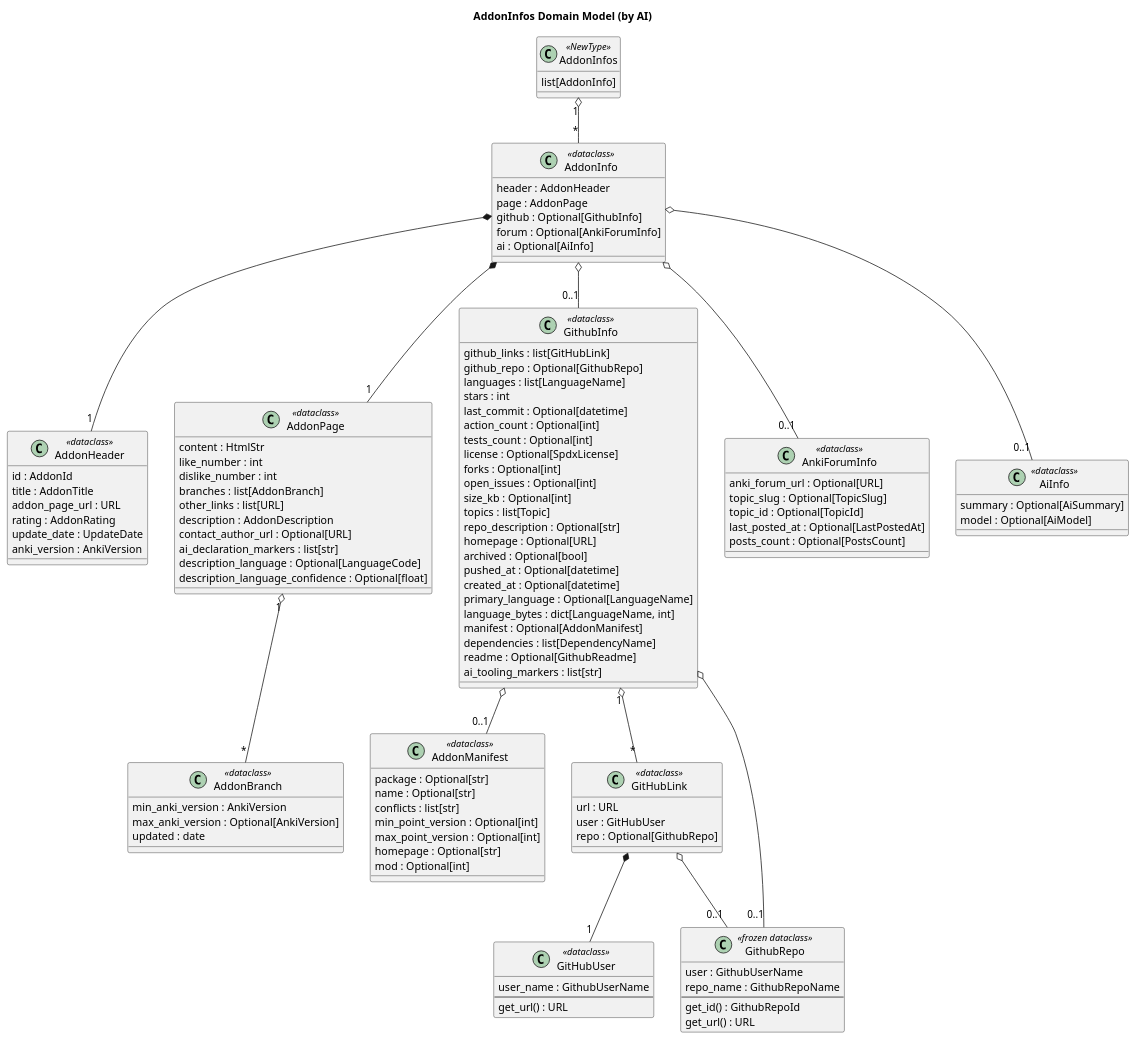
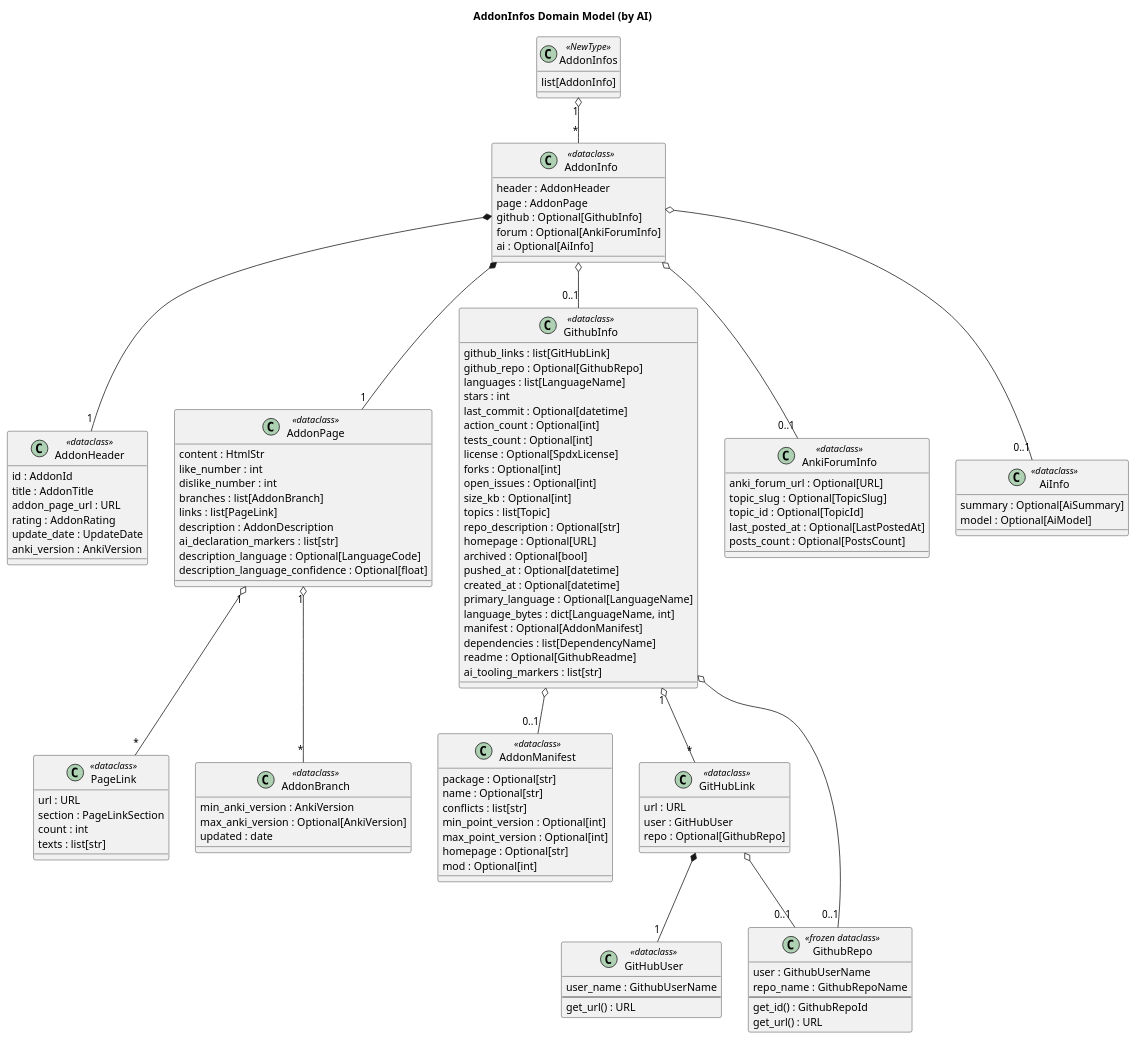
Before and after one commit to Aleks-Ya/anki-addons-dataset: the diagram in doc/uml/ai/class-addon-infos.puml, drawn with PlantUML. The commit also changed 12 other files, not shown here.

```diff
--- a/doc/uml/ai/class-addon-infos.puml
+++ b/doc/uml/ai/class-addon-infos.puml
@@ -1,133 +1,140 @@
 @startuml
 
 title AddonInfos Domain Model (by AI)
 
 skinparam packageStyle rectangle
 
 class AddonInfos <<NewType>> {
   list[AddonInfo]
 }
 
 class AddonInfo <<dataclass>> {
   header : AddonHeader
   page : AddonPage
   github : Optional[GithubInfo]
   forum : Optional[AnkiForumInfo]
   ai : Optional[AiInfo]
 }
 
 class AddonHeader <<dataclass>> {
   id : AddonId
   title : AddonTitle
   addon_page_url : URL
   rating : AddonRating
   update_date : UpdateDate
   anki_version : AnkiVersion
 }
 
 class AddonPage <<dataclass>> {
   content : HtmlStr
   like_number : int
   dislike_number : int
   branches : list[AddonBranch]
-  other_links : list[URL]
+  links : list[PageLink]
   description : AddonDescription
-  contact_author_url : Optional[URL]
   ai_declaration_markers : list[str]
   description_language : Optional[LanguageCode]
   description_language_confidence : Optional[float]
+}
+
+class PageLink <<dataclass>> {
+  url : URL
+  section : PageLinkSection
+  count : int
+  texts : list[str]
 }
 
 class AddonBranch <<dataclass>> {
   min_anki_version : AnkiVersion
   max_anki_version : Optional[AnkiVersion]
   updated : date
 }
 
 class GithubInfo <<dataclass>> {
   github_links : list[GitHubLink]
   github_repo : Optional[GithubRepo]
   languages : list[LanguageName]
   stars : int
   last_commit : Optional[datetime]
   action_count : Optional[int]
   tests_count : Optional[int]
   license : Optional[SpdxLicense]
   forks : Optional[int]
   open_issues : Optional[int]
   size_kb : Optional[int]
   topics : list[Topic]
   repo_description : Optional[str]
   homepage : Optional[URL]
   archived : Optional[bool]
   pushed_at : Optional[datetime]
   created_at : Optional[datetime]
   primary_language : Optional[LanguageName]
   language_bytes : dict[LanguageName, int]
   manifest : Optional[AddonManifest]
   dependencies : list[DependencyName]
   readme : Optional[GithubReadme]
   ai_tooling_markers : list[str]
 }
 
 class AddonManifest <<dataclass>> {
   package : Optional[str]
   name : Optional[str]
   conflicts : list[str]
   min_point_version : Optional[int]
   max_point_version : Optional[int]
   homepage : Optional[str]
   mod : Optional[int]
 }
 
 class GitHubLink <<dataclass>> {
   url : URL
   user : GitHubUser
   repo : Optional[GithubRepo]
 }
 
 class GitHubUser <<dataclass>> {
   user_name : GithubUserName
   --
   get_url() : URL
 }
 
 class GithubRepo <<frozen dataclass>> {
   user : GithubUserName
   repo_name : GithubRepoName
   --
   get_id() : GithubRepoId
   get_url() : URL
 }
 
 class AnkiForumInfo <<dataclass>> {
   anki_forum_url : Optional[URL]
   topic_slug : Optional[TopicSlug]
   topic_id : Optional[TopicId]
   last_posted_at : Optional[LastPostedAt]
   posts_count : Optional[PostsCount]
 }
 
 class AiInfo <<dataclass>> {
   summary : Optional[AiSummary]
   model : Optional[AiModel]
 }
 
 AddonInfos "1" o-- "*" AddonInfo
 
 AddonInfo *-- "1" AddonHeader
 AddonInfo *-- "1" AddonPage
 AddonInfo o-- "0..1" GithubInfo
 AddonInfo o-- "0..1" AnkiForumInfo
 AddonInfo o-- "0..1" AiInfo
 
 AddonPage "1" o-- "*" AddonBranch
+AddonPage "1" o-- "*" PageLink
 
 GithubInfo "1" o-- "*" GitHubLink
 GithubInfo o-- "0..1" GithubRepo
 GithubInfo o-- "0..1" AddonManifest
 
 GitHubLink *-- "1" GitHubUser
 GitHubLink o-- "0..1" GithubRepo
 
 @enduml
```
